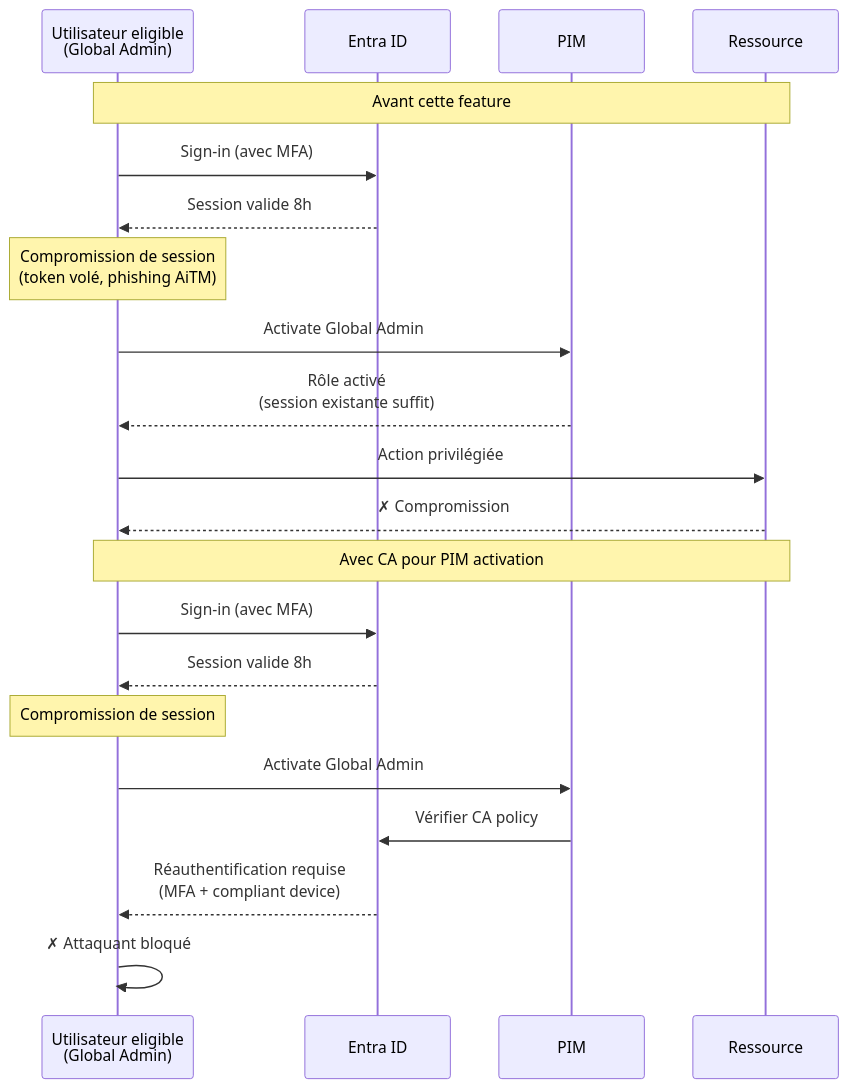
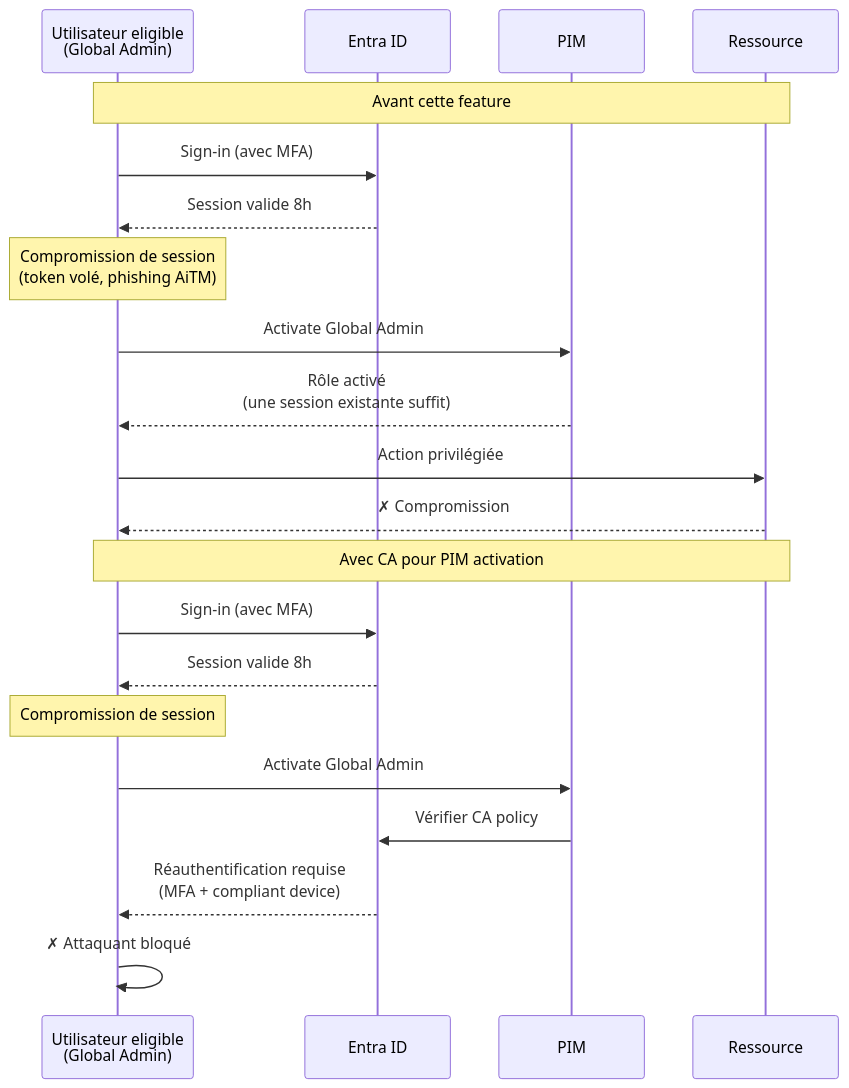
One commit to sebastienmiro/sebastienmiro.github.io changed the first of 2 diagrams in _posts/2026/2026-05-23-conditional-access-for-pim.md. Above: the diagram before and after it, drawn with Mermaid. The commit also changed other lines of this file and 1 other file, not shown here.

Commit message:
update 2026-05-23

````diff
--- a/_posts/2026/2026-05-23-conditional-access-for-pim.md
+++ b/_posts/2026/2026-05-23-conditional-access-for-pim.md
@@ -35,25 +35,25 @@
 ```mermaid
 sequenceDiagram
     participant U as Utilisateur eligible<br/>(Global Admin)
     participant E as Entra ID
     participant P as PIM
     participant R as Ressource
 
     Note over U,R: Avant cette feature
     U->>E: Sign-in (avec MFA)
     E-->>U: Session valide 8h
     Note over U: Compromission de session<br/>(token volé, phishing AiTM)
     U->>P: Activate Global Admin
-    P-->>U: Rôle activé<br/>(session existante suffit)
+    P-->>U: Rôle activé<br/>(une session existante suffit)
     U->>R: Action privilégiée
     R-->>U: ✗ Compromission
 
     Note over U,R: Avec CA pour PIM activation
     U->>E: Sign-in (avec MFA)
     E-->>U: Session valide 8h
     Note over U: Compromission de session
     U->>P: Activate Global Admin
     P->>E: Vérifier CA policy
     E-->>U: Réauthentification requise<br/>(MFA + compliant device)
     U->>U: ✗ Attaquant bloqué
 ```
````
